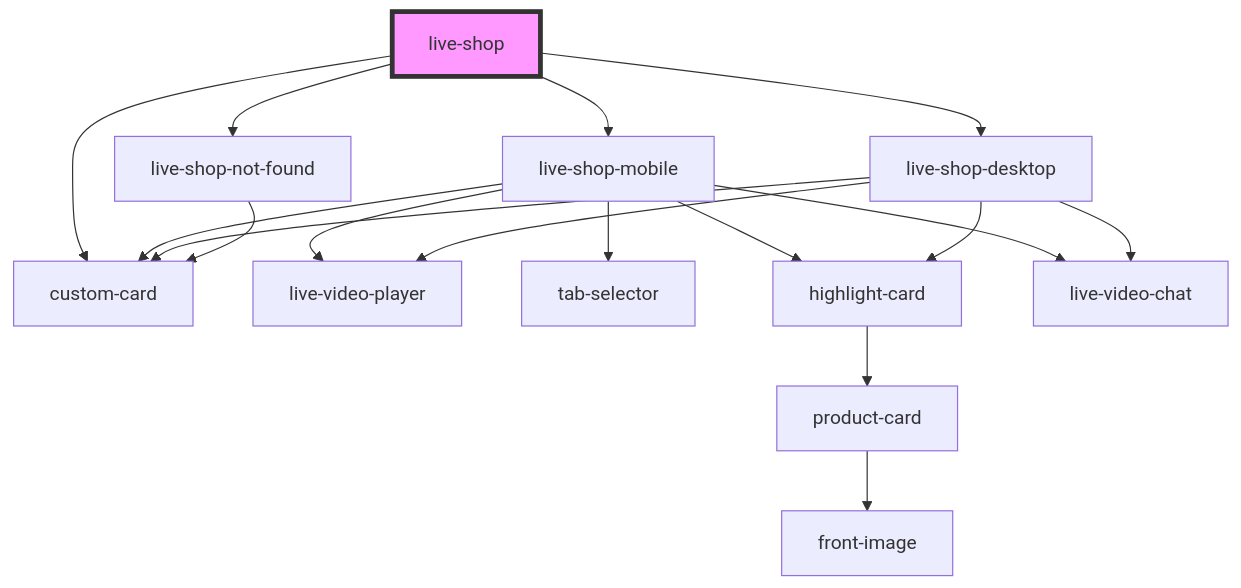
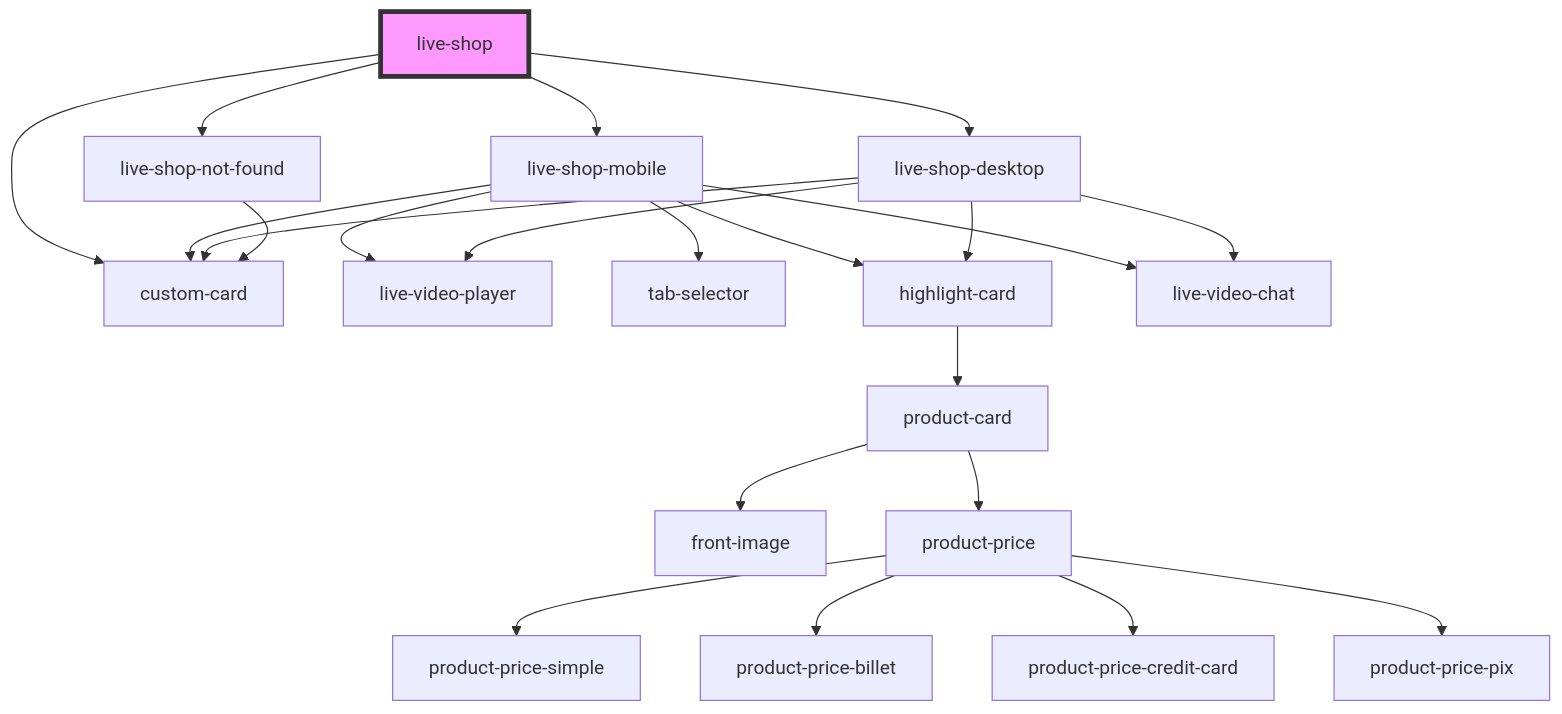
Before and after one commit to commerce-suite/storefront-components: the diagram in src/components/live-shop/readme.md, drawn with Mermaid. The commit also changed 5 other files, not shown here.

````diff
--- a/src/components/live-shop/readme.md
+++ b/src/components/live-shop/readme.md
@@ -33,20 +33,25 @@
 ```mermaid
 graph TD;
   live-shop --> custom-card
   live-shop --> live-shop-mobile
   live-shop --> live-shop-desktop
   live-shop --> live-shop-not-found
   live-shop-mobile --> live-video-player
   live-shop-mobile --> custom-card
   live-shop-mobile --> tab-selector
   live-shop-mobile --> highlight-card
   live-shop-mobile --> live-video-chat
   highlight-card --> product-card
   product-card --> front-image
+  product-card --> product-price
+  product-price --> product-price-simple
+  product-price --> product-price-billet
+  product-price --> product-price-credit-card
+  product-price --> product-price-pix
   live-shop-desktop --> live-video-player
   live-shop-desktop --> live-video-chat
   live-shop-desktop --> highlight-card
   live-shop-desktop --> custom-card
   live-shop-not-found --> custom-card
   style live-shop fill:#f9f,stroke:#333,stroke-width:4px
 ```
````
